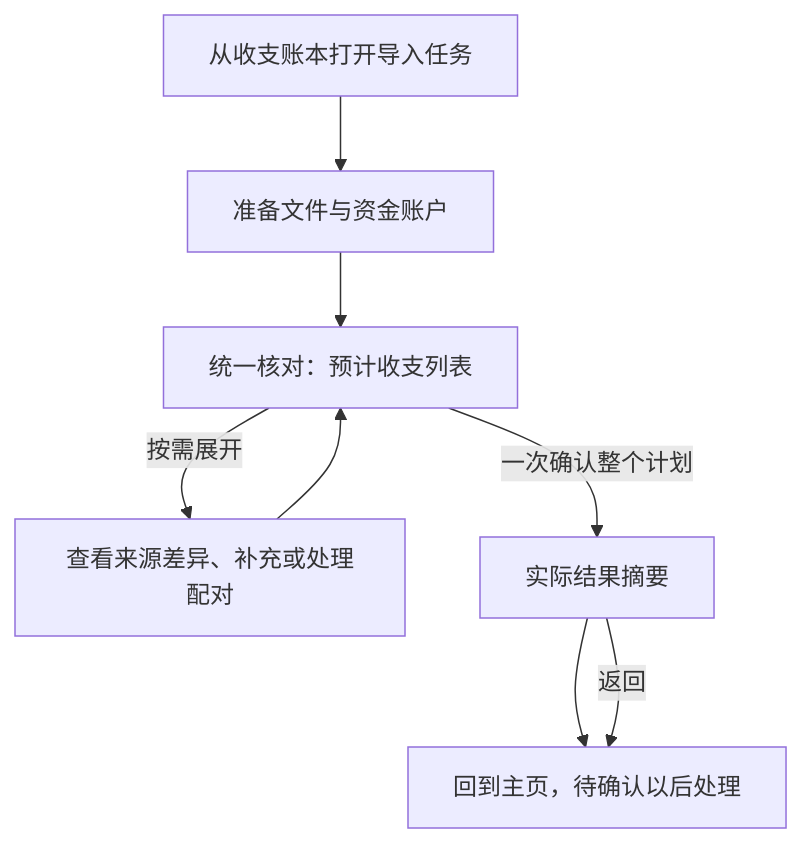
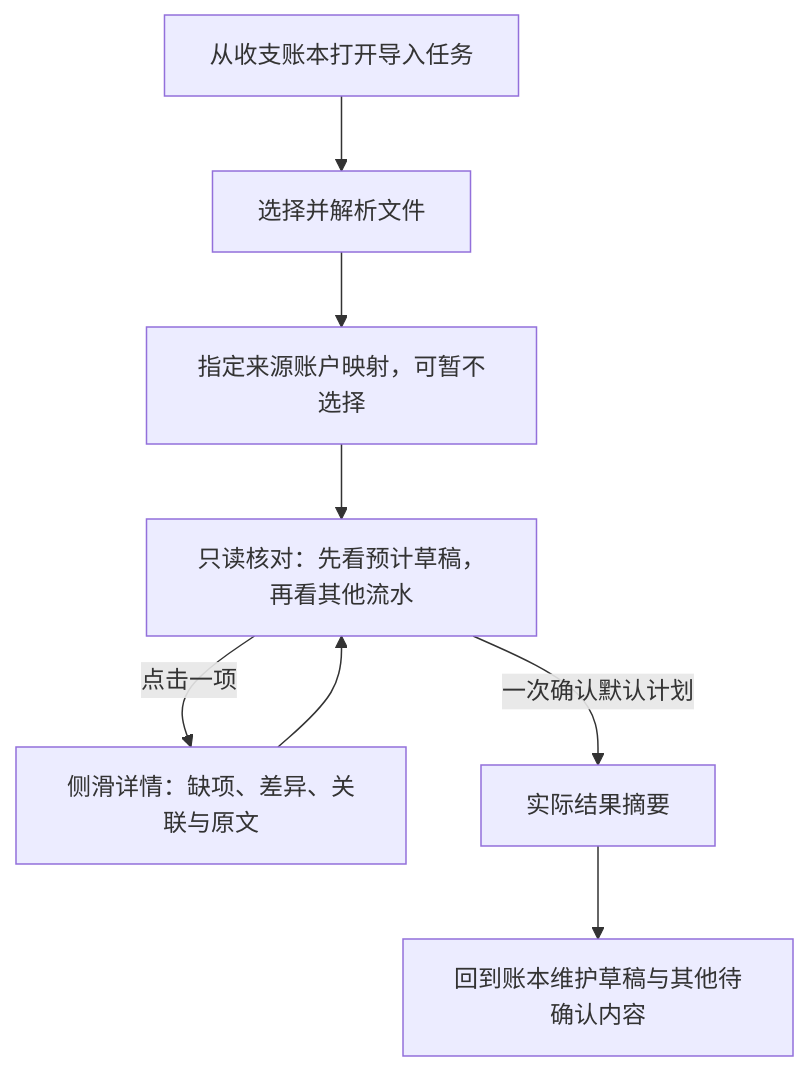
The diagram in openspec/changes/compose-cash-import-workflow/design.md (ssttkkl/finance-tracker), drawn with Mermaid before and after one commit. The commit also changed other lines of this file and 25 other files, not shown here.

````diff
--- a/openspec/changes/compose-cash-import-workflow/design.md
+++ b/openspec/changes/compose-cash-import-workflow/design.md
@@ -15,10 +21,10 @@
 ```mermaid
 flowchart TD
-    A[从收支账本打开导入任务] --> B[准备文件与资金账户]
-    B --> C[统一核对：预计收支列表]
-    C -->|按需展开| D[查看来源差异、补充或处理配对]
-    D --> C
-    C -->|一次确认整个计划| E[实际结果摘要]
-    E --> F[回到主页，待确认以后处理]
-    E -->|返回| F
+    A[从收支账本打开导入任务] --> B[选择并解析文件]
+    B --> C[指定来源账户映射，可暂不选择]
+    C --> D[只读核对：先看预计草稿，再看其他流水]
+    D -->|点击一项| E[侧滑详情：缺项、差异、关联与原文]
+    E --> D
+    D -->|一次确认默认计划| F[实际结果摘要]
+    F --> G[回到账本维护草稿与其他待确认内容]
 ```
````
